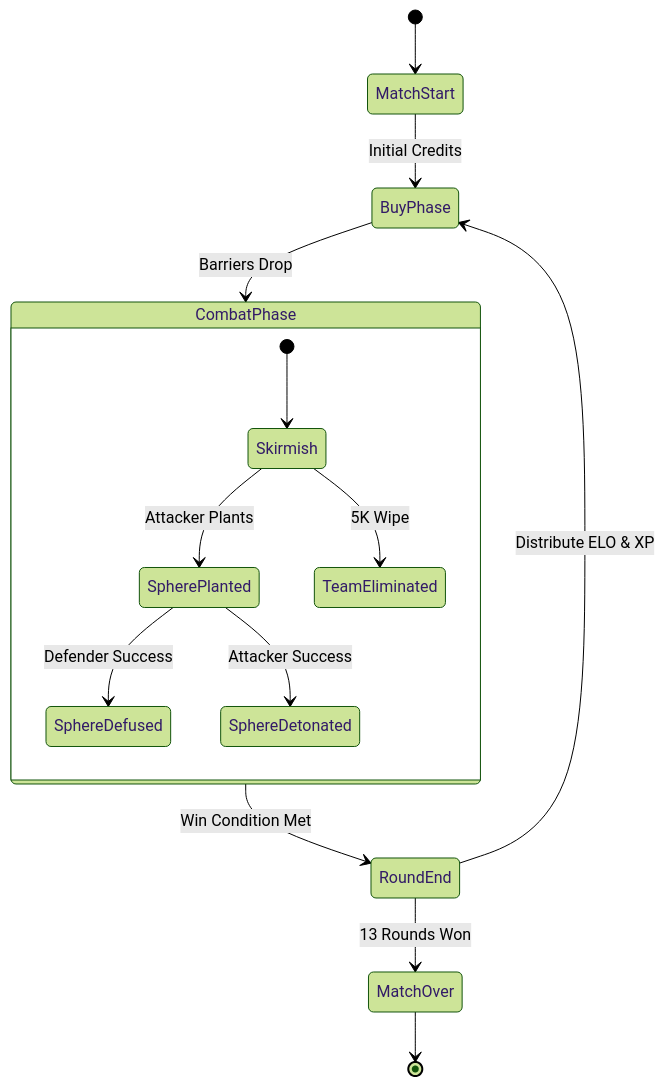
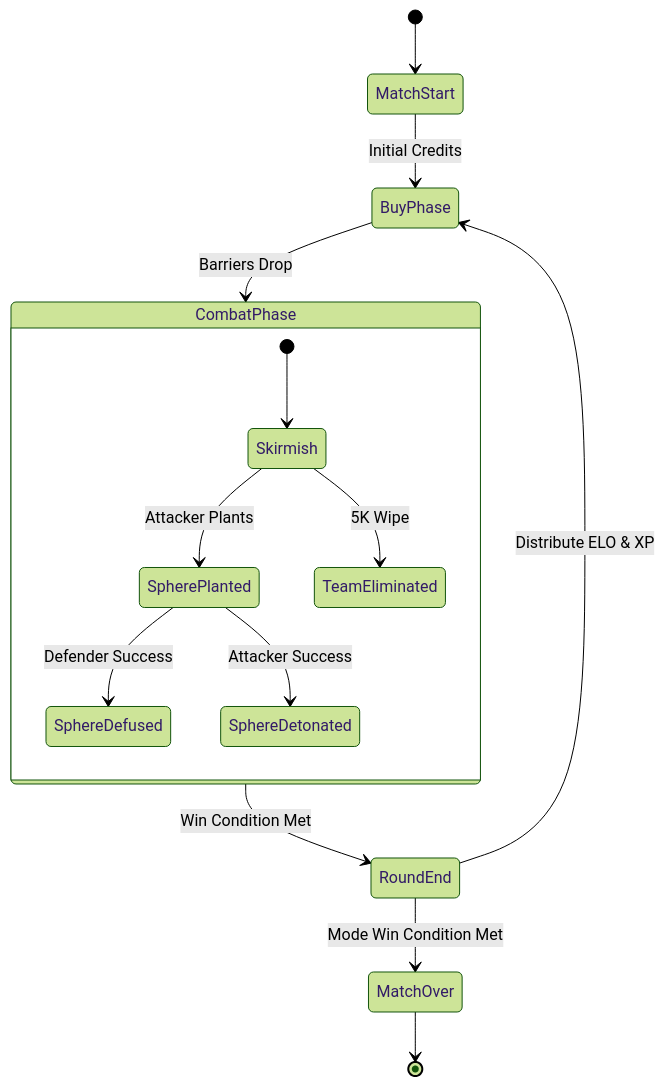
One commit to helis-d/ProjectZ changed the first of 5 diagrams in README.md. Above: the diagram before and after it, drawn with Mermaid (forest theme). The commit also changed other lines of this file and 2 other files, not shown here.

Commit message:
Align mode rules with canonical GDD

````diff
--- a/README.md
+++ b/README.md
@@ -29,19 +31,19 @@
 ```mermaid
 stateDiagram-v2
     [*] --> MatchStart
     MatchStart --> BuyPhase : Initial Credits
     BuyPhase --> CombatPhase : Barriers Drop
     
     state CombatPhase {
         [*] --> Skirmish
         Skirmish --> SpherePlanted : Attacker Plants
         Skirmish --> TeamEliminated : 5K Wipe
         SpherePlanted --> SphereDefused : Defender Success
         SpherePlanted --> SphereDetonated : Attacker Success
     }
     
     CombatPhase --> RoundEnd : Win Condition Met
     RoundEnd --> BuyPhase : Distribute ELO & XP
-    RoundEnd --> MatchOver : 13 Rounds Won
+    RoundEnd --> MatchOver : Mode Win Condition Met
     MatchOver --> [*]
 ```
````
